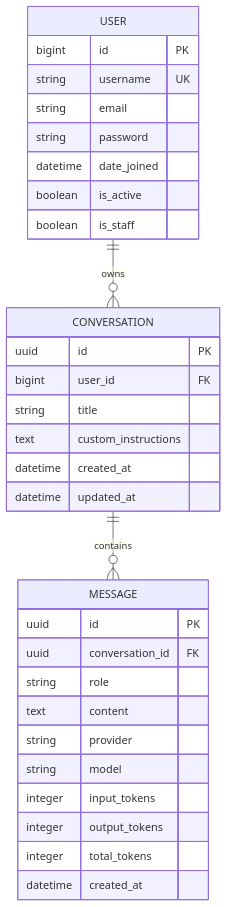
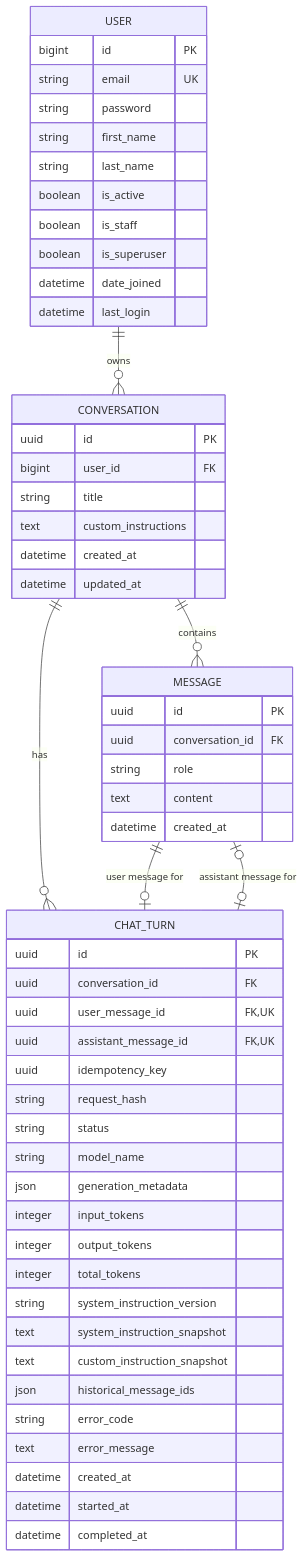
The diagram in docs/02-system-design/database-design.md (tamirattezera/nexamind), drawn with Mermaid before and after one commit. The commit also changed other lines of this file and 1 other file, not shown here.

Commit message:
docs(architecture): update backend and database design

````diff
--- a/docs/02-system-design/database-design.md
+++ b/docs/02-system-design/database-design.md
@@ -132,37 +141,62 @@
 ```mermaid
 erDiagram
     USER ||--o{ CONVERSATION : owns
     CONVERSATION ||--o{ MESSAGE : contains
+    CONVERSATION ||--o{ CHAT_TURN : has
+    MESSAGE ||--o| CHAT_TURN : "user message for"
+    MESSAGE o|--o| CHAT_TURN : "assistant message for"
 
     USER {
         bigint id PK
-        string username UK
-        string email
+        string email UK
         string password
-        datetime date_joined
+        string first_name
+        string last_name
         boolean is_active
         boolean is_staff
+        boolean is_superuser
+        datetime date_joined
+        datetime last_login
     }
 
     CONVERSATION {
         uuid id PK
         bigint user_id FK
         string title
         text custom_instructions
         datetime created_at
         datetime updated_at
     }
 
     MESSAGE {
         uuid id PK
         uuid conversation_id FK
         string role
         text content
-        string provider
-        string model
+        datetime created_at
+    }
+
+    CHAT_TURN {
+        uuid id PK
+        uuid conversation_id FK
+        uuid user_message_id FK,UK
+        uuid assistant_message_id FK,UK
+        uuid idempotency_key
+        string request_hash
+        string status
+        string model_name
+        json generation_metadata
         integer input_tokens
         integer output_tokens
         integer total_tokens
+        string system_instruction_version
+        text system_instruction_snapshot
+        text custom_instruction_snapshot
+        json historical_message_ids
+        string error_code
+        text error_message
         datetime created_at
+        datetime started_at
+        datetime completed_at
     }
 ```
````
